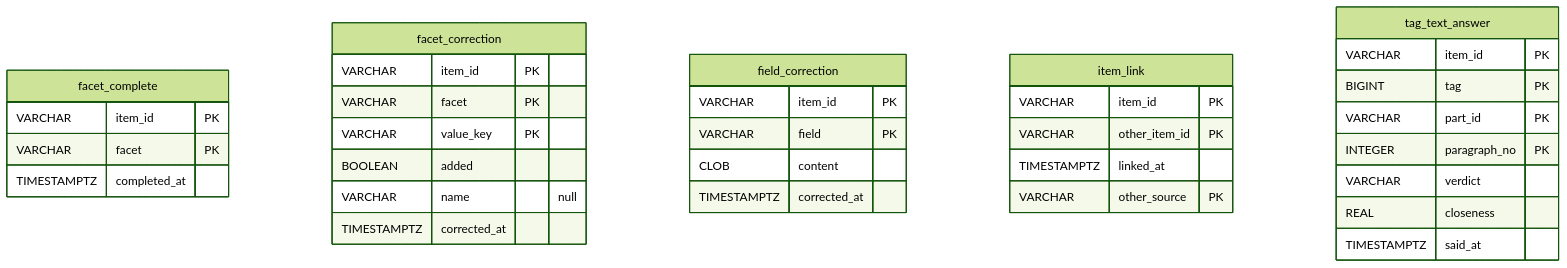
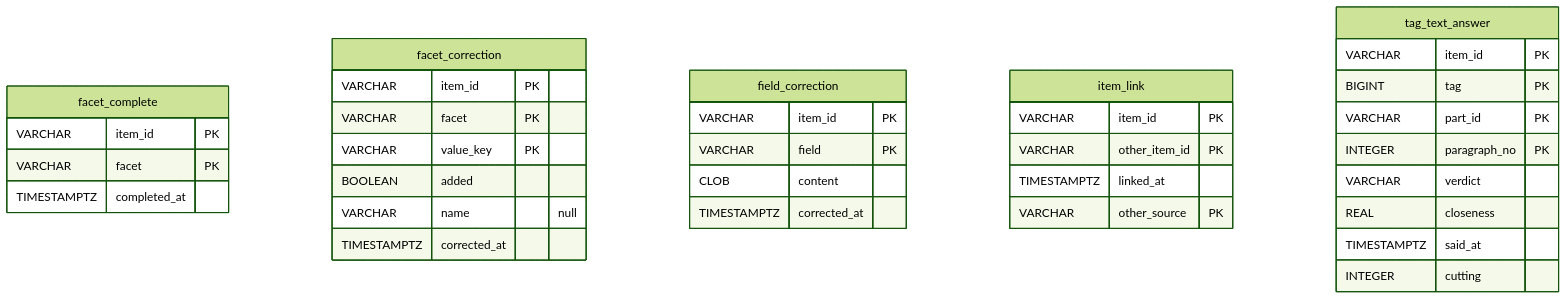
Before and after one commit to vlsergey/recommend4me: the diagram in docs/database/corrections.md, drawn with Mermaid (forest theme). The commit also changed 4 other files, not shown here.

````diff
--- a/docs/database/corrections.md
+++ b/docs/database/corrections.md
@@ -15,37 +15,38 @@
 ```mermaid
 erDiagram
     facet_complete {
         VARCHAR item_id PK
         VARCHAR facet PK
         TIMESTAMPTZ completed_at
     }
     facet_correction {
         VARCHAR item_id PK
         VARCHAR facet PK
         VARCHAR value_key PK
         BOOLEAN added
         VARCHAR name "null"
         TIMESTAMPTZ corrected_at
     }
     field_correction {
         VARCHAR item_id PK
         VARCHAR field PK
         CLOB content
         TIMESTAMPTZ corrected_at
     }
     item_link {
         VARCHAR item_id PK
         VARCHAR other_item_id PK
         TIMESTAMPTZ linked_at
         VARCHAR other_source PK
     }
     tag_text_answer {
         VARCHAR item_id PK
         BIGINT tag PK
         VARCHAR part_id PK
         INTEGER paragraph_no PK
         VARCHAR verdict
         REAL closeness
         TIMESTAMPTZ said_at
+        INTEGER cutting
     }
 ```
````
